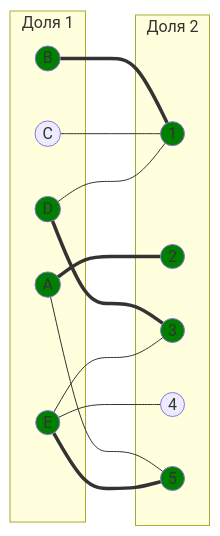
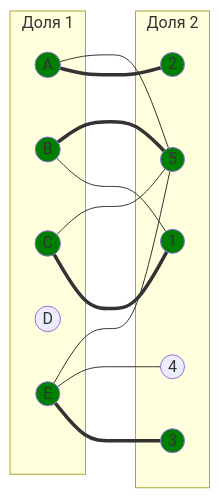
One commit to algos-ris-24-3/manual-tasks changed the seventh of 12 diagrams in Задание 8/task8.md. Above: the diagram before and after it, drawn with Mermaid. The commit also changed other lines of this file, not shown here.

````diff
--- a/Задание 8/task8.md
+++ b/Задание 8/task8.md
@@ -334,36 +318,36 @@
 ```mermaid
 graph LR
     subgraph "Доля 1"
         A((A))
         B((B))
         C((C))
         D((D))
         E((E))
     end
     subgraph "Доля 2"
         1((1))
         2((2))
         3((3))
         4((4))
         5((5))
     end
 
     A === 2
     A --- 5
-    B === 1
-    C --- 1
-    D --- 1
-    D === 3
-    E --- 3
+    B --- 1
+    C === 1
+    B === 5
+    C --- 5
+    E === 3
     E --- 4
-    E === 5
+    E --- 5
 
     style A fill:#008000
     style B fill:#008000
-    style D fill:#008000
+    style C fill:#008000
     style E fill:#008000
     style 2 fill:#008000
     style 1 fill:#008000
     style 3 fill:#008000
     style 5 fill:#008000
 ```
````
